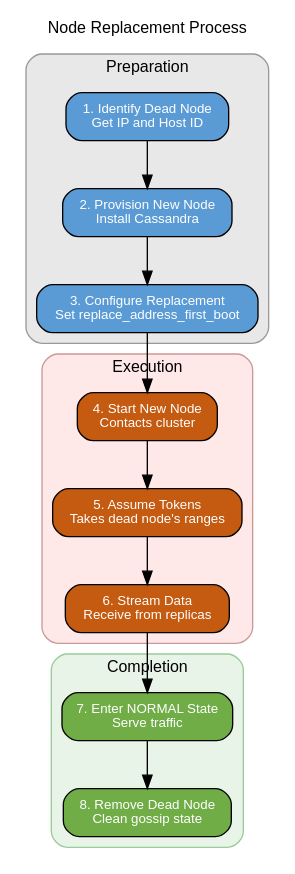
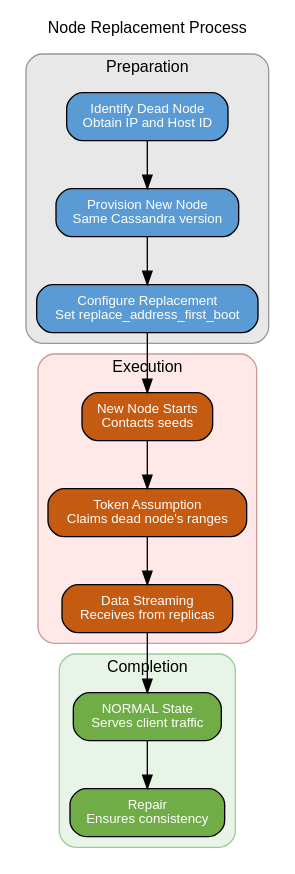
One commit to axonops/documentation changed the fourth of 6 diagrams in docs/cassandra/architecture/cluster-management/node-replacement.md. Above: the diagram before and after it, drawn with Graphviz. The commit also changed other lines of this file and 67 other files, not shown here.

````diff
--- a/docs/cassandra/architecture/cluster-management/node-replacement.md
+++ b/docs/cassandra/architecture/cluster-management/node-replacement.md
@@ -101,48 +182,48 @@
 ```graphviz dot replacement-process.svg
 digraph ReplacementProcess {
     fontname="Helvetica";
     node [fontname="Helvetica", fontsize=10];
     edge [fontname="Helvetica", fontsize=9];
     rankdir=TB;
 
     label="Node Replacement Process";
     labelloc="t";
     fontsize=12;
 
     node [shape=box, style="rounded,filled"];
 
     subgraph cluster_prep {
         label="Preparation";
         style="rounded,filled";
         fillcolor="#E8E8E8";
         color="#999999";
 
-        identify [label="1. Identify Dead Node\nGet IP and Host ID", fillcolor="#5B9BD5", fontcolor="white"];
-        provision [label="2. Provision New Node\nInstall Cassandra", fillcolor="#5B9BD5", fontcolor="white"];
-        config [label="3. Configure Replacement\nSet replace_address_first_boot", fillcolor="#5B9BD5", fontcolor="white"];
+        identify [label="Identify Dead Node\nObtain IP and Host ID", fillcolor="#5B9BD5", fontcolor="white"];
+        provision [label="Provision New Node\nSame Cassandra version", fillcolor="#5B9BD5", fontcolor="white"];
+        config [label="Configure Replacement\nSet replace_address_first_boot", fillcolor="#5B9BD5", fontcolor="white"];
     }
 
     subgraph cluster_exec {
         label="Execution";
         style="rounded,filled";
         fillcolor="#FFE8E8";
         color="#CC9999";
 
-        start [label="4. Start New Node\nContacts cluster", fillcolor="#C55A11", fontcolor="white"];
-        assume [label="5. Assume Tokens\nTakes dead node's ranges", fillcolor="#C55A11", fontcolor="white"];
-        stream [label="6. Stream Data\nReceive from replicas", fillcolor="#C55A11", fontcolor="white"];
+        start [label="New Node Starts\nContacts seeds", fillcolor="#C55A11", fontcolor="white"];
+        assume [label="Token Assumption\nClaims dead node's ranges", fillcolor="#C55A11", fontcolor="white"];
+        stream [label="Data Streaming\nReceives from replicas", fillcolor="#C55A11", fontcolor="white"];
     }
 
     subgraph cluster_complete {
         label="Completion";
         style="rounded,filled";
         fillcolor="#E8F4E8";
         color="#99CC99";
 
-        normal [label="7. Enter NORMAL State\nServe traffic", fillcolor="#70AD47", fontcolor="white"];
-        cleanup [label="8. Remove Dead Node\nClean gossip state", fillcolor="#70AD47", fontcolor="white"];
+        normal [label="NORMAL State\nServes client traffic", fillcolor="#70AD47", fontcolor="white"];
+        repair [label="Repair\nEnsures consistency", fillcolor="#70AD47", fontcolor="white"];
     }
 
-    identify -> provision -> config -> start -> assume -> stream -> normal -> cleanup;
+    identify -> provision -> config -> start -> assume -> stream -> normal -> repair;
 }
 ```
````
